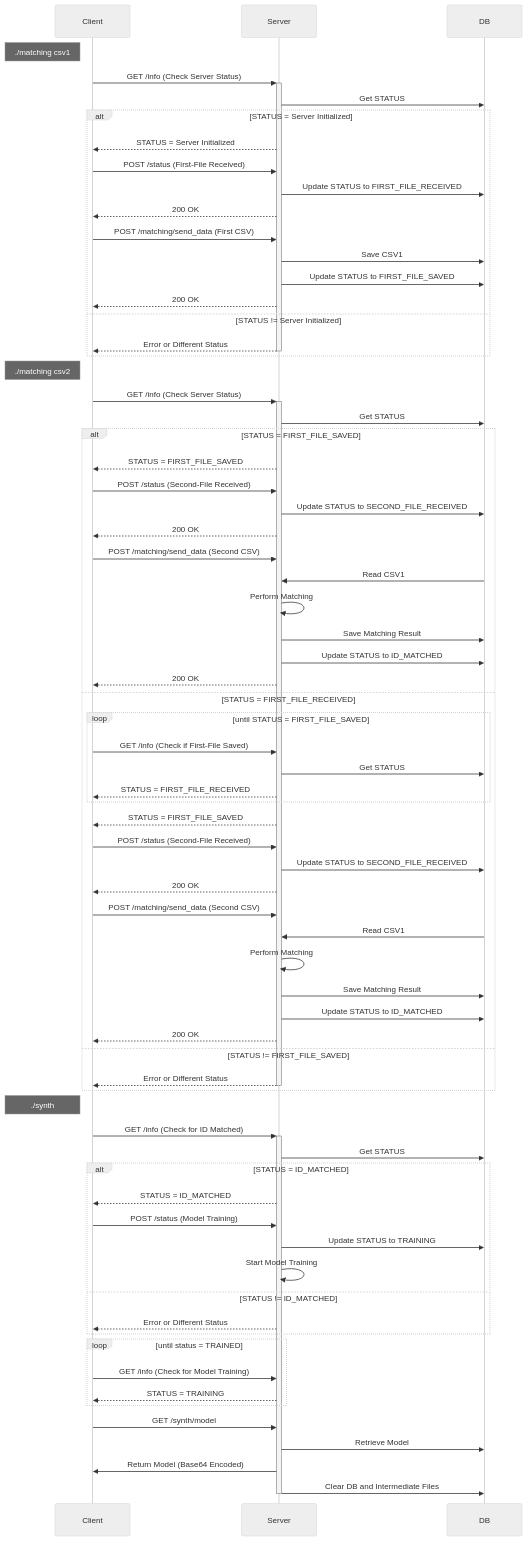
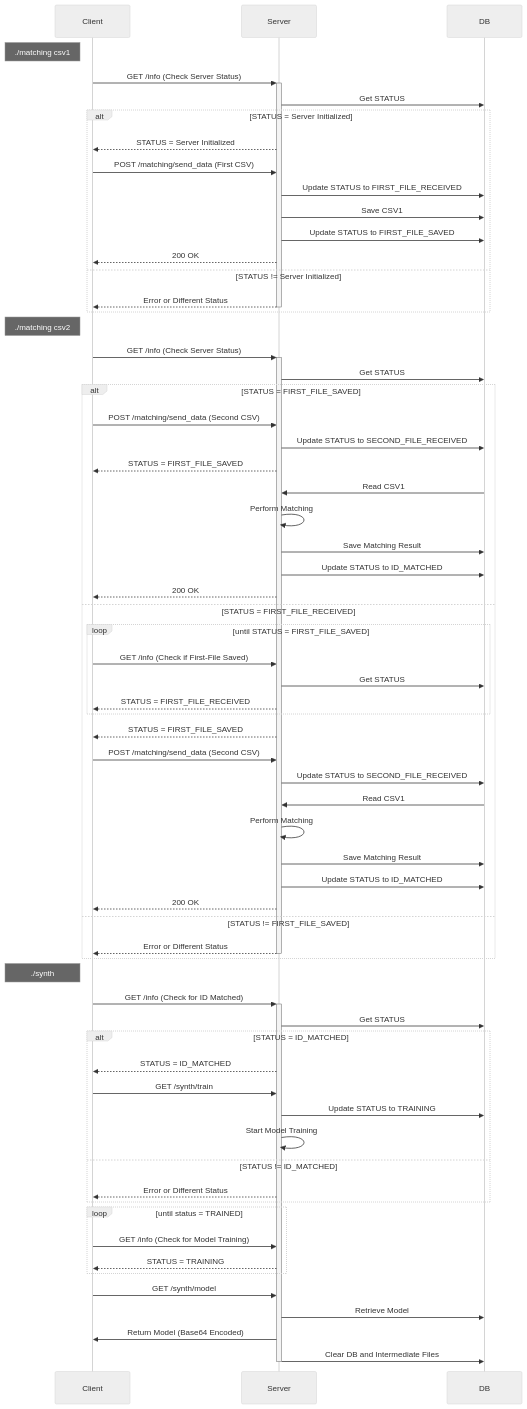
Before and after one commit to acompany-develop/Gramine-EIM-Synth-DEMO: the diagram in docs/server_state.md, drawn with Mermaid (neutral theme). The commit also changed other lines of this file and 2 other files, not shown here.

````diff
--- a/docs/server_state.md
+++ b/docs/server_state.md
@@ -38,78 +40,72 @@
 ```mermaid
 sequenceDiagram
     participant Client
     participant Server
     participant DB
 
     note left of Client: ./matching csv1
     Client->>+Server: GET /info (Check Server Status)
     Server->>DB: Get STATUS
     alt STATUS = Server Initialized
         Server-->>Client: STATUS = Server Initialized
-        Client->>Server: POST /status (First-File Received)
+        Client->>Server: POST /matching/send_data (First CSV)
         Server->>DB: Update STATUS to FIRST_FILE_RECEIVED
-        Server-->>Client: 200 OK
-        Client->>Server: POST /matching/send_data (First CSV)
         Server->>DB: Save CSV1
         Server->>DB: Update STATUS to FIRST_FILE_SAVED
         Server-->>Client: 200 OK
     else STATUS != Server Initialized
         Server-->>-Client: Error or Different Status
     end
 
     note left of Client: ./matching csv2
     Client->>+Server: GET /info (Check Server Status)
     Server->>DB: Get STATUS
     alt STATUS = FIRST_FILE_SAVED
+        Client->>Server: POST /matching/send_data (Second CSV)
+        Server->>DB: Update STATUS to SECOND_FILE_RECEIVED
         Server-->>Client: STATUS = FIRST_FILE_SAVED
-        Client->>Server: POST /status (Second-File Received)
-        Server->>DB: Update STATUS to SECOND_FILE_RECEIVED
-        Server-->>Client: 200 OK
-        Client->>Server: POST /matching/send_data (Second CSV)
         DB->>Server: Read CSV1
         Server->>Server: Perform Matching
         Server->>DB: Save Matching Result
         Server->>DB: Update STATUS to ID_MATCHED
         Server-->>Client: 200 OK
     else STATUS = FIRST_FILE_RECEIVED
         loop until STATUS = FIRST_FILE_SAVED
             Client->>Server: GET /info (Check if First-File Saved)
             Server->>DB: Get STATUS
             Server-->>Client: STATUS = FIRST_FILE_RECEIVED
         end
         Server-->>Client: STATUS = FIRST_FILE_SAVED
-        Client->>Server: POST /status (Second-File Received)
+        Client->>Server: POST /matching/send_data (Second CSV)
         Server->>DB: Update STATUS to SECOND_FILE_RECEIVED
-        Server-->>Client: 200 OK
-        Client->>Server: POST /matching/send_data (Second CSV)
         DB->>Server: Read CSV1
         Server->>Server: Perform Matching
         Server->>DB: Save Matching Result
         Server->>DB: Update STATUS to ID_MATCHED
         Server-->>Client: 200 OK
     else STATUS != FIRST_FILE_SAVED
         Server-->>-Client: Error or Different Status
     end
 
     note left of Client: ./synth
     Client->>+Server: GET /info (Check for ID Matched)
     Server->>DB: Get STATUS
     alt STATUS = ID_MATCHED
         Server-->>Client: STATUS = ID_MATCHED
-        Client->>Server: POST /status (Model Training)
+        Client->>Server: GET /synth/train
         Server->>DB: Update STATUS to TRAINING
         Server->>Server: Start Model Training
     else STATUS != ID_MATCHED
         Server-->>Client: Error or Different Status
     end
 
     loop until status = TRAINED
         Client->>Server: GET /info (Check for Model Training)
         Server-->>Client: STATUS = TRAINING
     end
 
     Client->>Server: GET /synth/model
     Server->>DB: Retrieve Model
     Server->>Client: Return Model (Base64 Encoded)
     Server->>-DB: Clear DB and Intermediate Files
 ```
````
